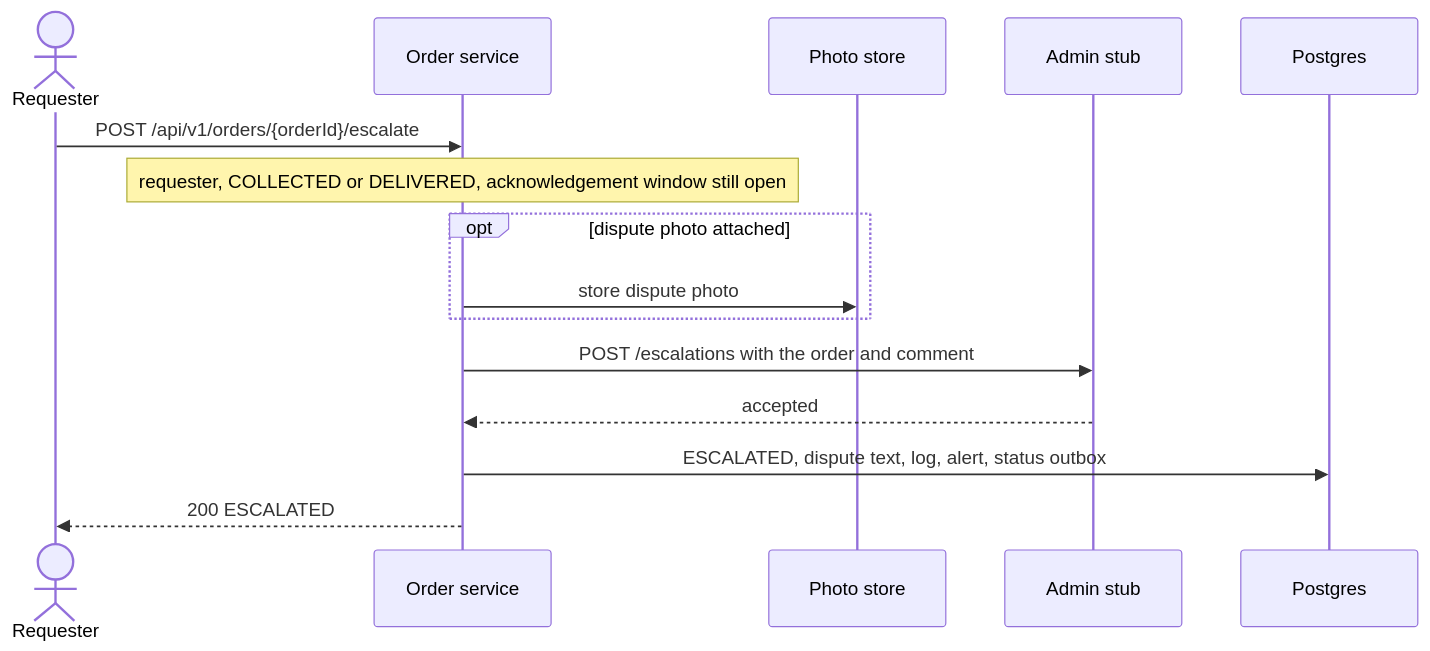
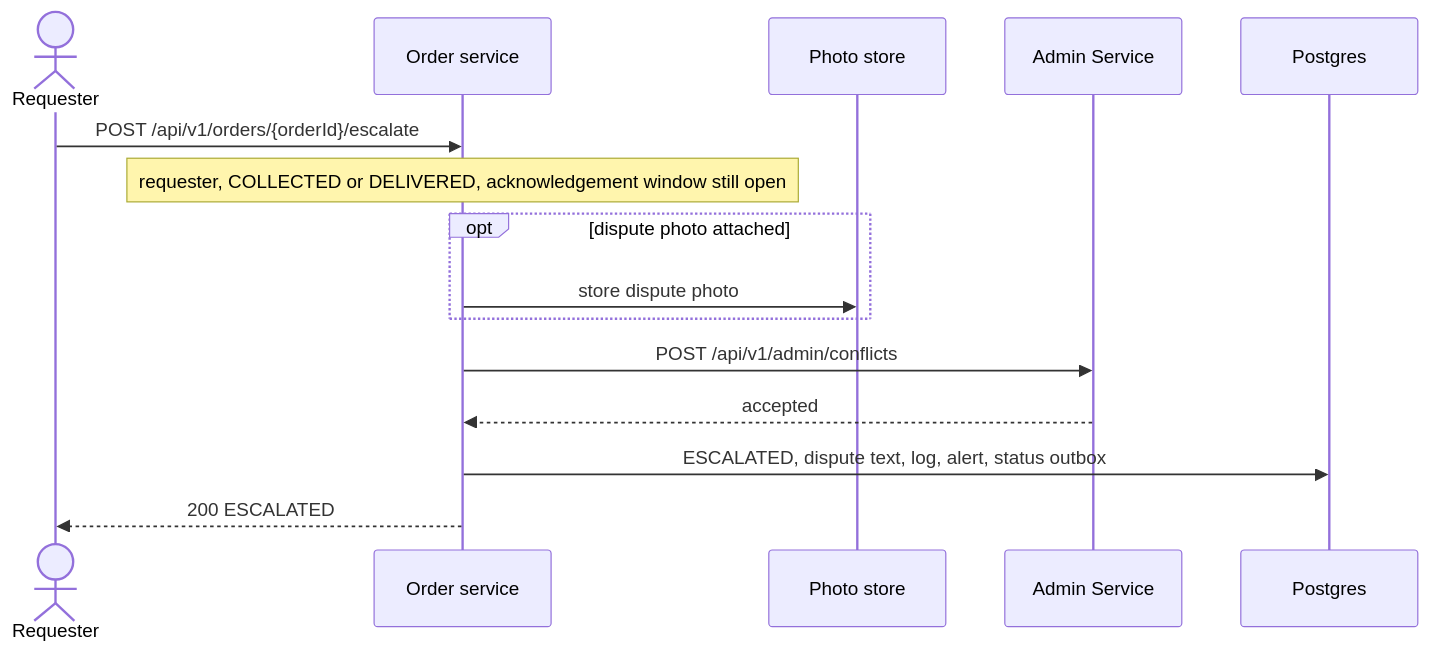
One commit to junngithub/AY2627S1-CS3219-P15 changed the diagram in order-service/docs/seq-escalate.mmd. Above: the diagram before and after it, drawn with Mermaid. The commit also changed 18 other files, not shown here.

Commit message:
Integrate with Admin Service

```diff
--- a/order-service/docs/seq-escalate.mmd
+++ b/order-service/docs/seq-escalate.mmd
@@ -1,16 +1,16 @@
 sequenceDiagram
     actor Requester
     participant Orders as Order service
     participant Photos as Photo store
-    participant Admin as Admin stub
+    participant Admin as Admin Service
     participant DB as Postgres
 
     Requester->>Orders: POST /api/v1/orders/{orderId}/escalate
     Note over Orders: requester, COLLECTED or DELIVERED, acknowledgement window still open
     opt dispute photo attached
         Orders->>Photos: store dispute photo
     end
-    Orders->>Admin: POST /escalations with the order and comment
+    Orders->>Admin: POST /api/v1/admin/conflicts
     Admin-->>Orders: accepted
     Orders->>DB: ESCALATED, dispute text, log, alert, status outbox
     Orders-->>Requester: 200 ESCALATED
```
